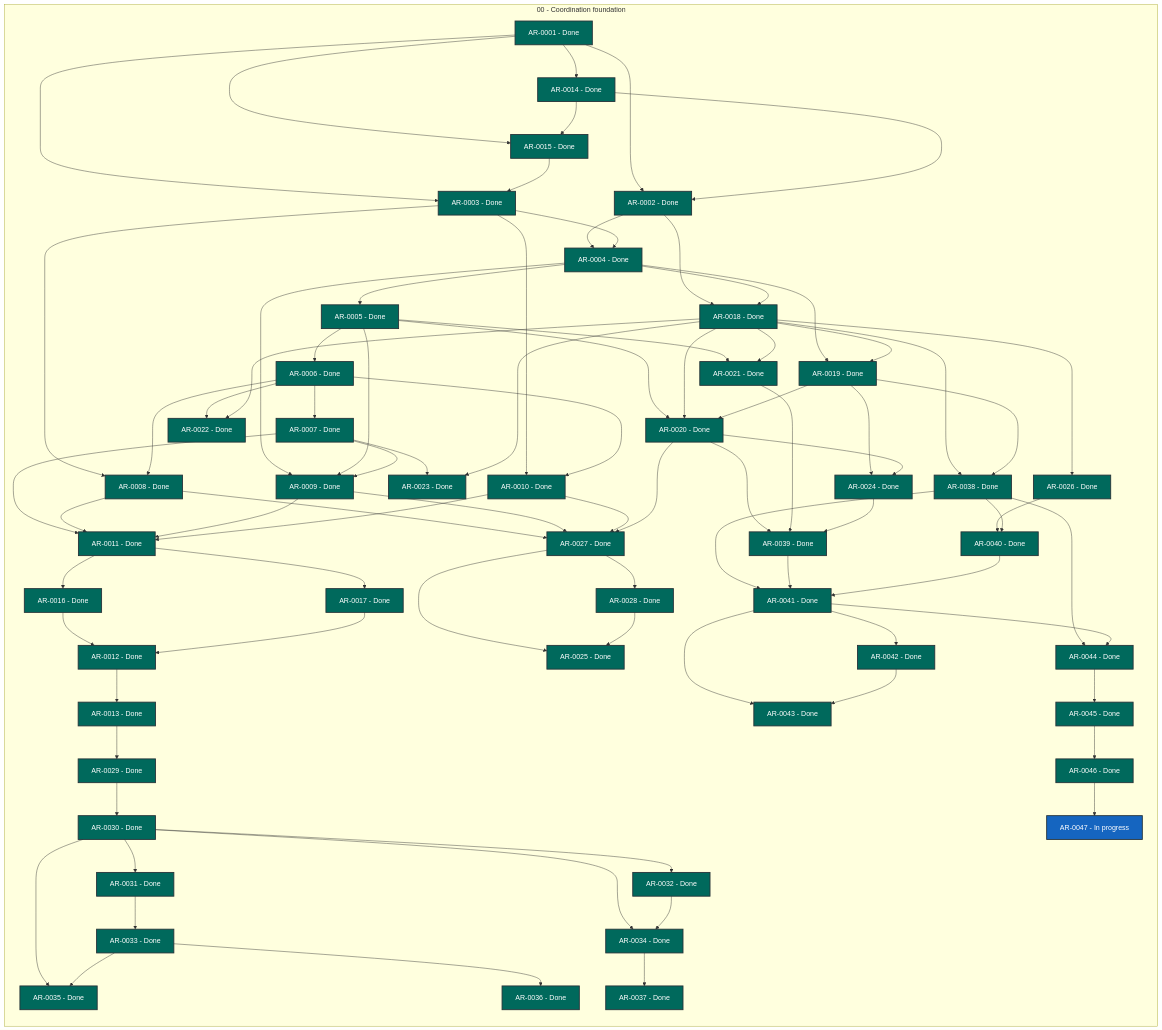
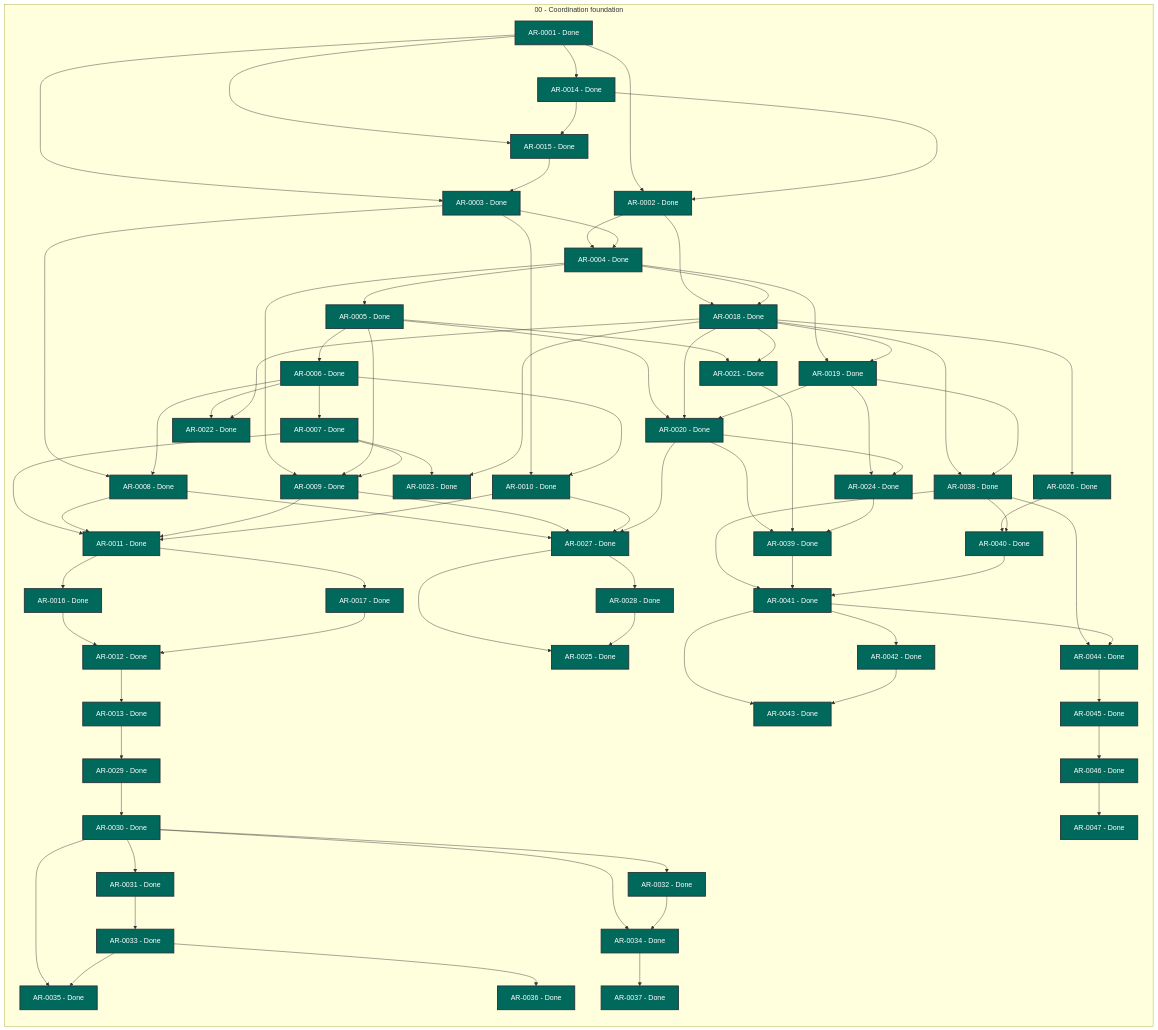
The diagram in STATUS.md (martin-beck/agent-workflow-tui-state), drawn with Mermaid before and after one commit. The commit also changed other lines of this file and 2 other files, not shown here.

```diff
--- a/STATUS.md
+++ b/STATUS.md
@@ -74,7 +74,7 @@
         AR_0044["AR-0044 - Done"]:::status_done
         AR_0045["AR-0045 - Done"]:::status_done
         AR_0046["AR-0046 - Done"]:::status_done
-        AR_0047["AR-0047 - In progress"]:::status_in_progress
+        AR_0047["AR-0047 - Done"]:::status_done
     end
     AR_0001 --> AR_0002
     AR_0001 --> AR_0003
```
